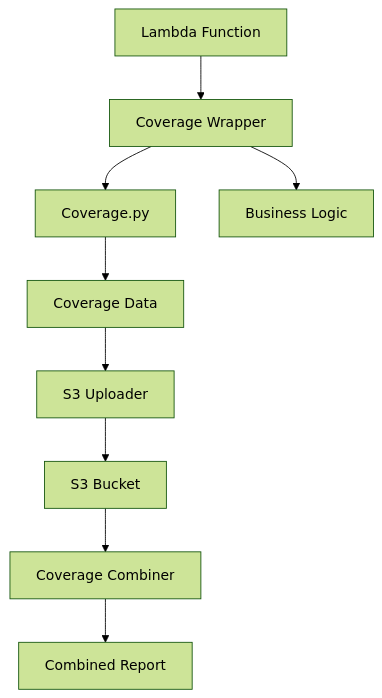
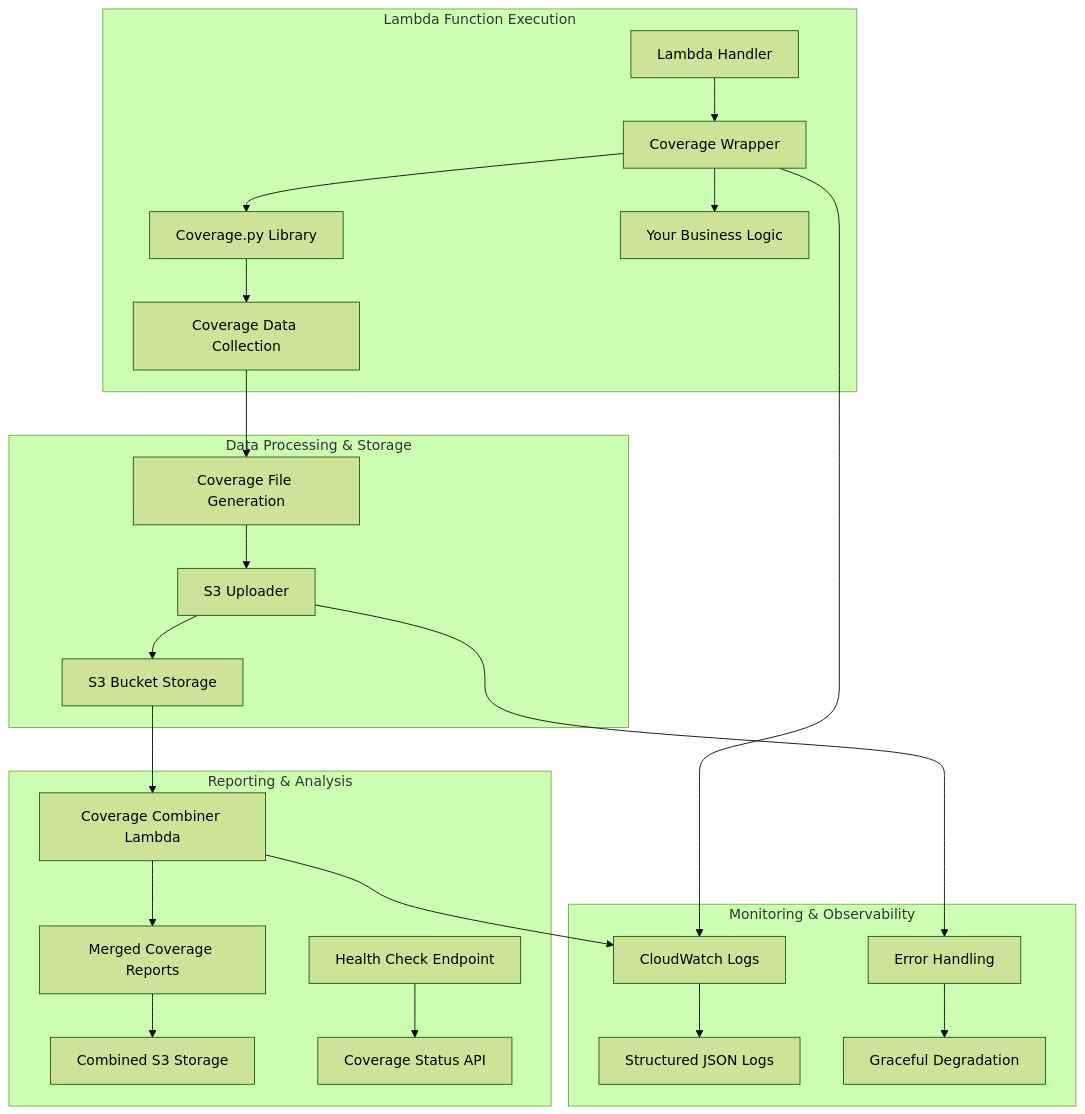
One commit to kpx-dev/code-coverage-integration-testing changed the first of 2 diagrams in README.md. Above: the diagram before and after it, drawn with Mermaid (forest theme). The commit also changed other lines of this file and 6 other files, not shown here.

````diff
--- a/README.md
+++ b/README.md
@@ -372,11 +17,32 @@
 ```mermaid
 graph TB
-    A[Lambda Function] --> B[Coverage Wrapper]
-    B --> C[Coverage.py]
-    B --> D[Business Logic]
-    C --> E[Coverage Data]
-    E --> F[S3 Uploader]
-    F --> G[S3 Bucket]
-    G --> H[Coverage Combiner]
-    H --> I[Combined Report]
+    subgraph "Lambda Function Execution"
+        A[Lambda Handler] --> B[Coverage Wrapper]
+        B --> C[Coverage.py Library]
+        B --> D[Your Business Logic]
+        C --> E[Coverage Data Collection]
+    end
+
+    subgraph "Data Processing & Storage"
+        E --> F[Coverage File Generation]
+        F --> G[S3 Uploader]
+        G --> H[S3 Bucket Storage]
+    end
+
+    subgraph "Reporting & Analysis"
+        H --> I[Coverage Combiner Lambda]
+        I --> J[Merged Coverage Reports]
+        J --> K[Combined S3 Storage]
+
+        L[Health Check Endpoint] --> M[Coverage Status API]
+    end
+
+    subgraph "Monitoring & Observability"
+        N[CloudWatch Logs] --> O[Structured JSON Logs]
+        P[Error Handling] --> Q[Graceful Degradation]
+    end
+
+    B --> N
+    G --> P
+    I --> N
 ```
````
